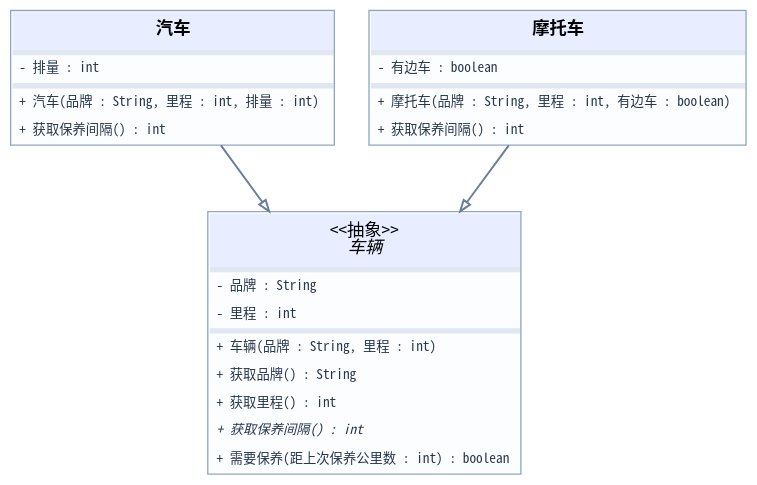
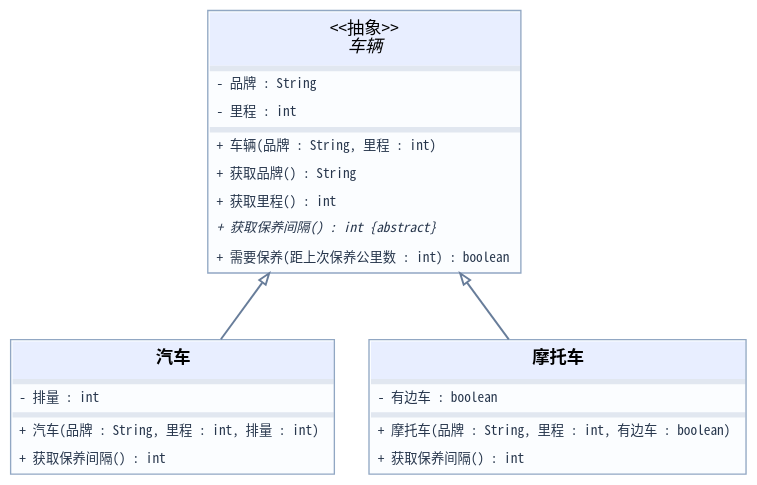
One commit to edetroll/java-oop changed the diagram in content/chapters/10-absztrakt-osztalyok/media/task-vehicles-zh.dot. Above: the diagram before and after it, drawn with Graphviz. The commit also changed 41 other files, not shown here.

```diff
--- a/content/chapters/10-absztrakt-osztalyok/media/task-vehicles-zh.dot
+++ b/content/chapters/10-absztrakt-osztalyok/media/task-vehicles-zh.dot
@@ -1,8 +1,8 @@
-digraph UML { graph [rankdir=TB,bgcolor="transparent",pad="0.12",nodesep="0.36",ranksep="0.7",splines=polyline];
+digraph UML { graph [rankdir=BT,bgcolor="transparent",pad="0.12",nodesep="0.36",ranksep="0.7",splines=polyline];
 node [shape=plain]; edge [color="#687d9a",penwidth=1.45,arrowsize=0.85];
-"车辆" [label=<<TABLE BORDER="1" CELLBORDER="0" CELLSPACING="0" COLOR="#91a7c3" BGCOLOR="#fbfdff"><TR><TD BGCOLOR="#e8eeff" CELLPADDING="7"><FONT FACE="Noto Sans Mono CJK SC" POINT-SIZE="13">&lt;&lt;抽象&gt;&gt;<BR/><I>车辆</I></FONT></TD></TR><TR><TD BGCOLOR="#e1e7f0" HEIGHT="2"></TD></TR><TR><TD ALIGN="LEFT" CELLPADDING="5"><FONT FACE="Noto Sans Mono CJK SC" POINT-SIZE="10" COLOR="#27364c">- 品牌 : String</FONT></TD></TR><TR><TD ALIGN="LEFT" CELLPADDING="5"><FONT FACE="Noto Sans Mono CJK SC" POINT-SIZE="10" COLOR="#27364c">- 里程 : int</FONT></TD></TR><TR><TD BGCOLOR="#e1e7f0" HEIGHT="2"></TD></TR><TR><TD ALIGN="LEFT" CELLPADDING="5"><FONT FACE="Noto Sans Mono CJK SC" POINT-SIZE="10" COLOR="#27364c">+ 车辆(品牌 : String, 里程 : int)</FONT></TD></TR><TR><TD ALIGN="LEFT" CELLPADDING="5"><FONT FACE="Noto Sans Mono CJK SC" POINT-SIZE="10" COLOR="#27364c">+ 获取品牌() : String</FONT></TD></TR><TR><TD ALIGN="LEFT" CELLPADDING="5"><FONT FACE="Noto Sans Mono CJK SC" POINT-SIZE="10" COLOR="#27364c">+ 获取里程() : int</FONT></TD></TR><TR><TD ALIGN="LEFT" CELLPADDING="5"><FONT FACE="Noto Sans Mono CJK SC" POINT-SIZE="10" COLOR="#27364c"><I>+ 获取保养间隔() : int</I></FONT></TD></TR><TR><TD ALIGN="LEFT" CELLPADDING="5"><FONT FACE="Noto Sans Mono CJK SC" POINT-SIZE="10" COLOR="#27364c">+ 需要保养(距上次保养公里数 : int) : boolean</FONT></TD></TR></TABLE>>];
+"车辆" [label=<<TABLE BORDER="1" CELLBORDER="0" CELLSPACING="0" COLOR="#91a7c3" BGCOLOR="#fbfdff"><TR><TD BGCOLOR="#e8eeff" CELLPADDING="7"><FONT FACE="Noto Sans Mono CJK SC" POINT-SIZE="13">&lt;&lt;抽象&gt;&gt;<BR/><I>车辆</I></FONT></TD></TR><TR><TD BGCOLOR="#e1e7f0" HEIGHT="2"></TD></TR><TR><TD ALIGN="LEFT" CELLPADDING="5"><FONT FACE="Noto Sans Mono CJK SC" POINT-SIZE="10" COLOR="#27364c">- 品牌 : String</FONT></TD></TR><TR><TD ALIGN="LEFT" CELLPADDING="5"><FONT FACE="Noto Sans Mono CJK SC" POINT-SIZE="10" COLOR="#27364c">- 里程 : int</FONT></TD></TR><TR><TD BGCOLOR="#e1e7f0" HEIGHT="2"></TD></TR><TR><TD ALIGN="LEFT" CELLPADDING="5"><FONT FACE="Noto Sans Mono CJK SC" POINT-SIZE="10" COLOR="#27364c">+ 车辆(品牌 : String, 里程 : int)</FONT></TD></TR><TR><TD ALIGN="LEFT" CELLPADDING="5"><FONT FACE="Noto Sans Mono CJK SC" POINT-SIZE="10" COLOR="#27364c">+ 获取品牌() : String</FONT></TD></TR><TR><TD ALIGN="LEFT" CELLPADDING="5"><FONT FACE="Noto Sans Mono CJK SC" POINT-SIZE="10" COLOR="#27364c">+ 获取里程() : int</FONT></TD></TR><TR><TD ALIGN="LEFT" CELLPADDING="5"><FONT FACE="Noto Sans Mono CJK SC" POINT-SIZE="10" COLOR="#27364c"><I>+ 获取保养间隔() : int {abstract}</I></FONT></TD></TR><TR><TD ALIGN="LEFT" CELLPADDING="5"><FONT FACE="Noto Sans Mono CJK SC" POINT-SIZE="10" COLOR="#27364c">+ 需要保养(距上次保养公里数 : int) : boolean</FONT></TD></TR></TABLE>>];
 "汽车" [label=<<TABLE BORDER="1" CELLBORDER="0" CELLSPACING="0" COLOR="#91a7c3" BGCOLOR="#fbfdff"><TR><TD BGCOLOR="#e8eeff" CELLPADDING="7"><FONT FACE="Noto Sans Mono CJK SC" POINT-SIZE="13"><B>汽车</B></FONT></TD></TR><TR><TD BGCOLOR="#e1e7f0" HEIGHT="2"></TD></TR><TR><TD ALIGN="LEFT" CELLPADDING="5"><FONT FACE="Noto Sans Mono CJK SC" POINT-SIZE="10" COLOR="#27364c">- 排量 : int</FONT></TD></TR><TR><TD BGCOLOR="#e1e7f0" HEIGHT="2"></TD></TR><TR><TD ALIGN="LEFT" CELLPADDING="5"><FONT FACE="Noto Sans Mono CJK SC" POINT-SIZE="10" COLOR="#27364c">+ 汽车(品牌 : String, 里程 : int, 排量 : int)</FONT></TD></TR><TR><TD ALIGN="LEFT" CELLPADDING="5"><FONT FACE="Noto Sans Mono CJK SC" POINT-SIZE="10" COLOR="#27364c">+ 获取保养间隔() : int</FONT></TD></TR></TABLE>>];
 "摩托车" [label=<<TABLE BORDER="1" CELLBORDER="0" CELLSPACING="0" COLOR="#91a7c3" BGCOLOR="#fbfdff"><TR><TD BGCOLOR="#e8eeff" CELLPADDING="7"><FONT FACE="Noto Sans Mono CJK SC" POINT-SIZE="13"><B>摩托车</B></FONT></TD></TR><TR><TD BGCOLOR="#e1e7f0" HEIGHT="2"></TD></TR><TR><TD ALIGN="LEFT" CELLPADDING="5"><FONT FACE="Noto Sans Mono CJK SC" POINT-SIZE="10" COLOR="#27364c">- 有边车 : boolean</FONT></TD></TR><TR><TD BGCOLOR="#e1e7f0" HEIGHT="2"></TD></TR><TR><TD ALIGN="LEFT" CELLPADDING="5"><FONT FACE="Noto Sans Mono CJK SC" POINT-SIZE="10" COLOR="#27364c">+ 摩托车(品牌 : String, 里程 : int, 有边车 : boolean)</FONT></TD></TR><TR><TD ALIGN="LEFT" CELLPADDING="5"><FONT FACE="Noto Sans Mono CJK SC" POINT-SIZE="10" COLOR="#27364c">+ 获取保养间隔() : int</FONT></TD></TR></TABLE>>];
 "汽车" -> "车辆" [arrowhead=empty];
 "摩托车" -> "车辆" [arrowhead=empty];
 }
```
